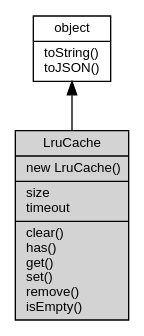
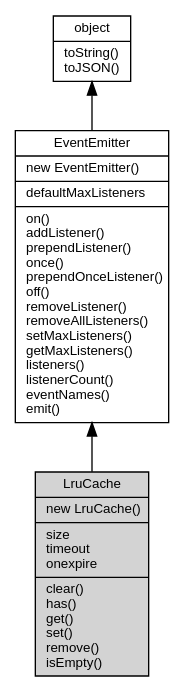
The diagram in docs/manual/object/ifs/LruCache.md (fibjs/fibjs.org), drawn with Graphviz before and after one commit. The commit also changed other lines of this file and 20 other files, not shown here.

````diff
--- a/docs/manual/object/ifs/LruCache.md
+++ b/docs/manual/object/ifs/LruCache.md
@@ -12,10 +12,12 @@
 ```dot
 digraph {
     node [fontname="Helvetica,sans-Serif", fontsize=10, shape="record", style="filled", fillcolor="white"];
 
     object [tooltip="object", URL="object.md", label="{object|toString()\ltoJSON()\l}"];
-    LruCache [tooltip="LruCache", fillcolor="lightgray", id="me", label="{LruCache|new LruCache()\l|size\ltimeout\l|clear()\lhas()\lget()\lset()\lremove()\lisEmpty()\l}"];
+    EventEmitter [tooltip="EventEmitter", URL="EventEmitter.md", label="{EventEmitter|new EventEmitter()\l|defaultMaxListeners\l|on()\laddListener()\lprependListener()\lonce()\lprependOnceListener()\loff()\lremoveListener()\lremoveAllListeners()\lsetMaxListeners()\lgetMaxListeners()\llisteners()\llistenerCount()\leventNames()\lemit()\l}"];
+    LruCache [tooltip="LruCache", fillcolor="lightgray", id="me", label="{LruCache|new LruCache()\l|size\ltimeout\lonexpire\l|clear()\lhas()\lget()\lset()\lremove()\lisEmpty()\l}"];
 
-    object -> LruCache [dir=back];
+    object -> EventEmitter [dir=back];
+    EventEmitter -> LruCache [dir=back];
 }
 ```
````
